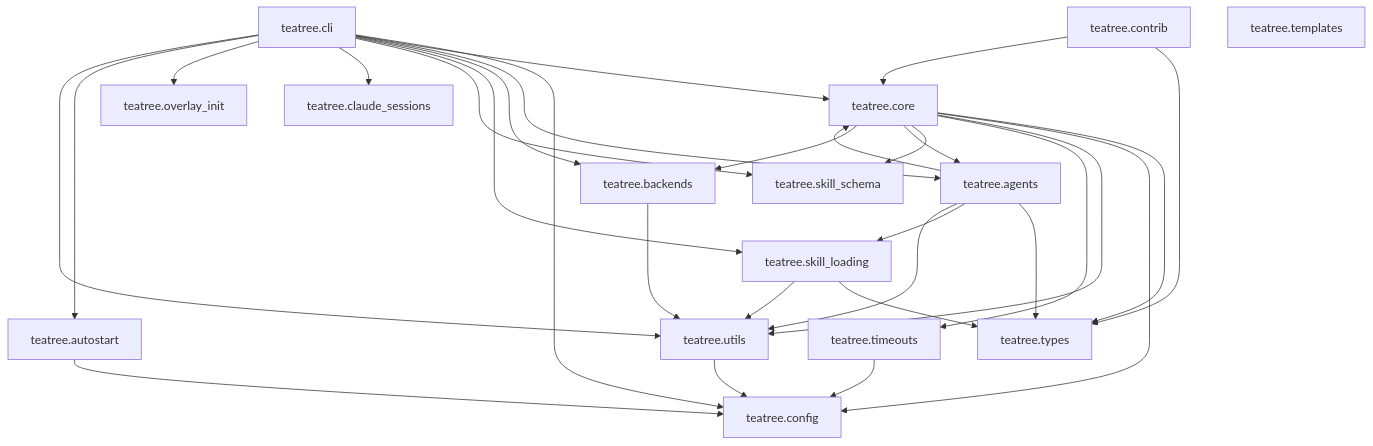
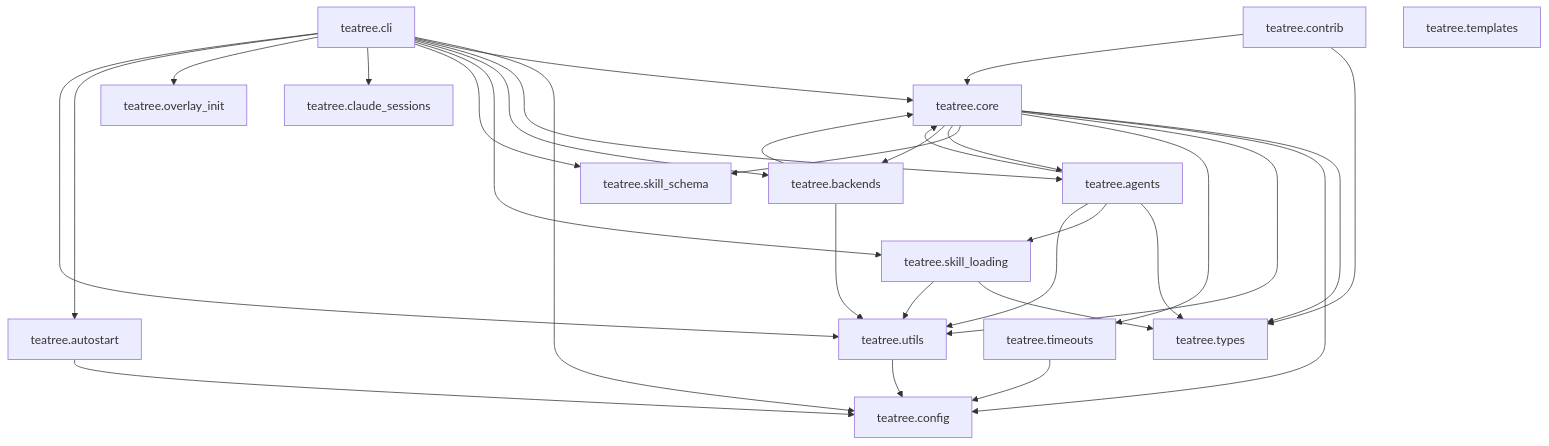
The sixth of 6 diagrams in BLUEPRINT.md (souliane/teatree), drawn with Mermaid before and after one commit. The commit also changed other lines of this file and 10 other files, not shown here.

````diff
--- a/BLUEPRINT.md
+++ b/BLUEPRINT.md
@@ -1211,38 +1228,39 @@
 ```mermaid
 graph TD
     teatree.utils --> teatree.config
     teatree.autostart --> teatree.config
     teatree.timeouts --> teatree.config
     teatree.skill_loading --> teatree.types
     teatree.skill_loading --> teatree.utils
     teatree.core --> teatree.types
     teatree.core --> teatree.config
     teatree.core --> teatree.utils
     teatree.core --> teatree.timeouts
     teatree.core --> teatree.skill_schema
     teatree.core --> teatree.agents
     teatree.core --> teatree.backends
     teatree.agents --> teatree.types
     teatree.agents --> teatree.core
     teatree.agents --> teatree.skill_loading
     teatree.agents --> teatree.utils
     teatree.backends --> teatree.utils
+    teatree.backends --> teatree.core
     teatree.contrib --> teatree.types
     teatree.contrib --> teatree.core
     teatree.cli --> teatree.config
     teatree.cli --> teatree.core
     teatree.cli --> teatree.agents
     teatree.cli --> teatree.backends
     teatree.cli --> teatree.skill_loading
     teatree.cli --> teatree.skill_schema
     teatree.cli --> teatree.claude_sessions
     teatree.cli --> teatree.overlay_init
     teatree.cli --> teatree.autostart
     teatree.cli --> teatree.utils
     teatree.types
     teatree.config
     teatree.templates
     teatree.claude_sessions
     teatree.overlay_init
     teatree.skill_schema
 ```
````
